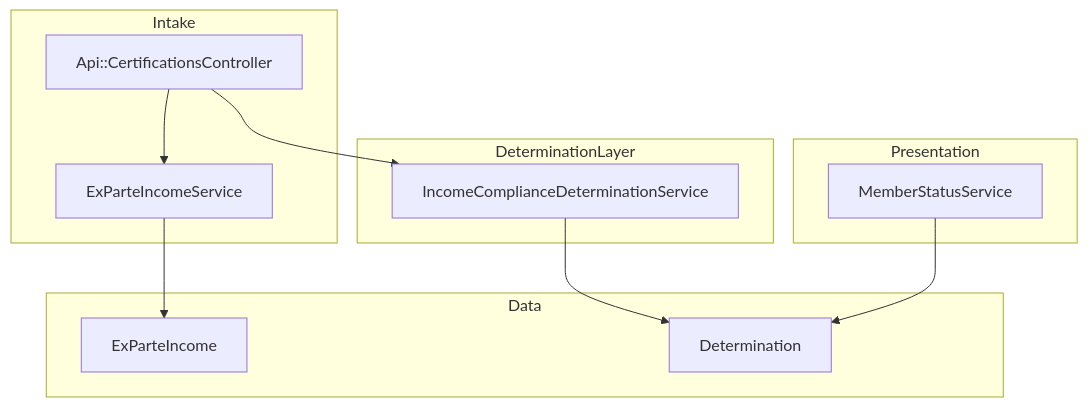
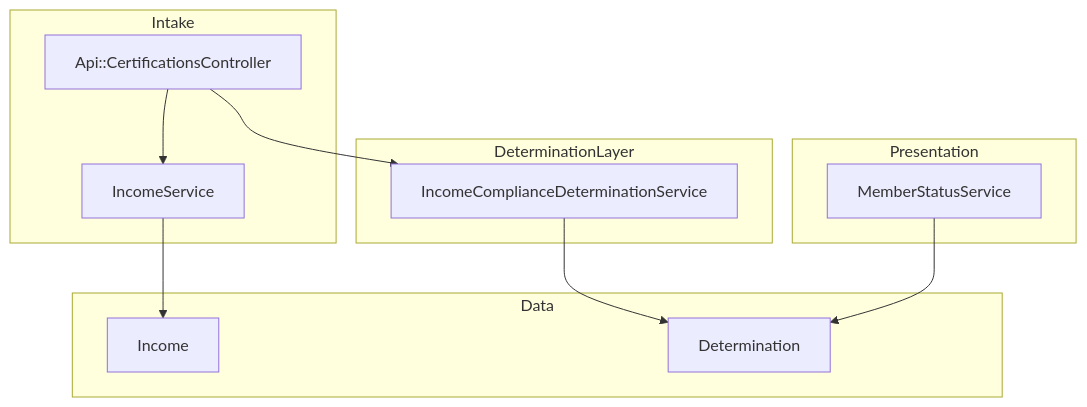
One commit to navapbc/oscer changed the second of 2 diagrams in docs/architecture/income-data/income-data.md. Above: the diagram before and after it, drawn with Mermaid. The commit also changed other lines of this file and 5 other files, not shown here.

````diff
--- a/docs/architecture/income-data/income-data.md
+++ b/docs/architecture/income-data/income-data.md
@@ -59,26 +59,26 @@
 ```mermaid
 flowchart TB
     subgraph Intake
         CertAPI[Api::CertificationsController]
-        IncomeService[ExParteIncomeService]
+        IncomeService[IncomeService]
     end
 
     subgraph Data
-        ExParteIncome[ExParteIncome]
+        Income[Income]
         Determination[Determination]
     end
 
     subgraph DeterminationLayer
         IncomeComplianceService[IncomeComplianceDeterminationService]
     end
 
     subgraph Presentation
         MemberStatus[MemberStatusService]
     end
 
     CertAPI --> IncomeService
-    IncomeService --> ExParteIncome
+    IncomeService --> Income
     CertAPI --> IncomeComplianceService
     IncomeComplianceService --> Determination
     MemberStatus --> Determination
 ```
````
